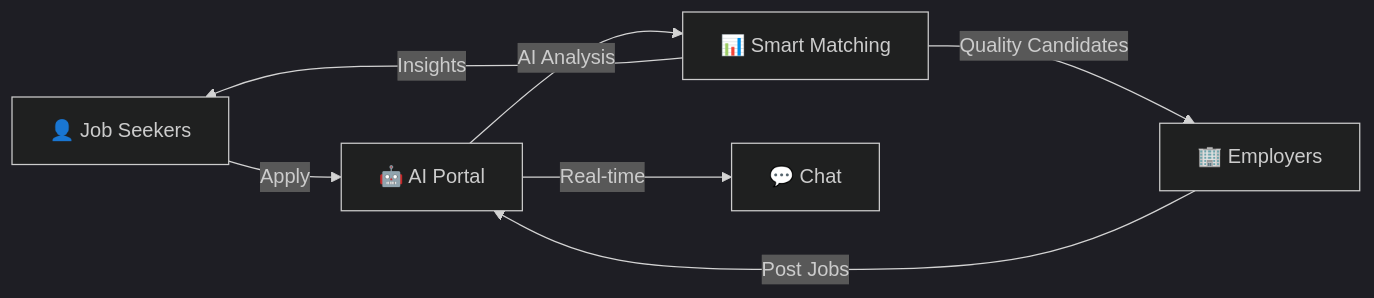
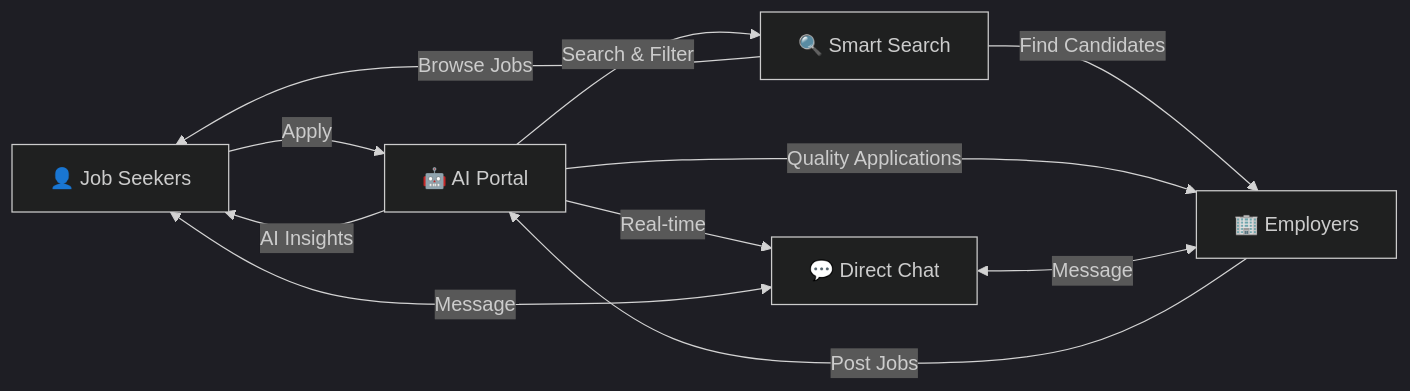
One commit to prabhleen003/AI-Powered-Job-Portal changed the first of 4 diagrams in README.md. Above: the diagram before and after it, drawn with Mermaid (dark theme). The commit also changed other lines of this file, not shown here.

````diff
--- a/README.md
+++ b/README.md
@@ -47,9 +45,13 @@
 ```mermaid
 graph LR
     A[👤 Job Seekers] -->|Apply| B[🤖 AI Portal]
     C[🏢 Employers] -->|Post Jobs| B
-    B -->|AI Analysis| D[📊 Smart Matching]
-    B -->|Real-time| E[💬 Chat]
-    D -->|Insights| A
-    D -->|Quality Candidates| C
+    B -->|Search & Filter| D[🔍 Smart Search]
+    B -->|Real-time| E[💬 Direct Chat]
+    D -->|Browse Jobs| A
+    D -->|Find Candidates| C
+    B -->|AI Insights| A
+    B -->|Quality Applications| C
+    A <-->|Message| E
+    E <-->|Message| C
 ```
````
